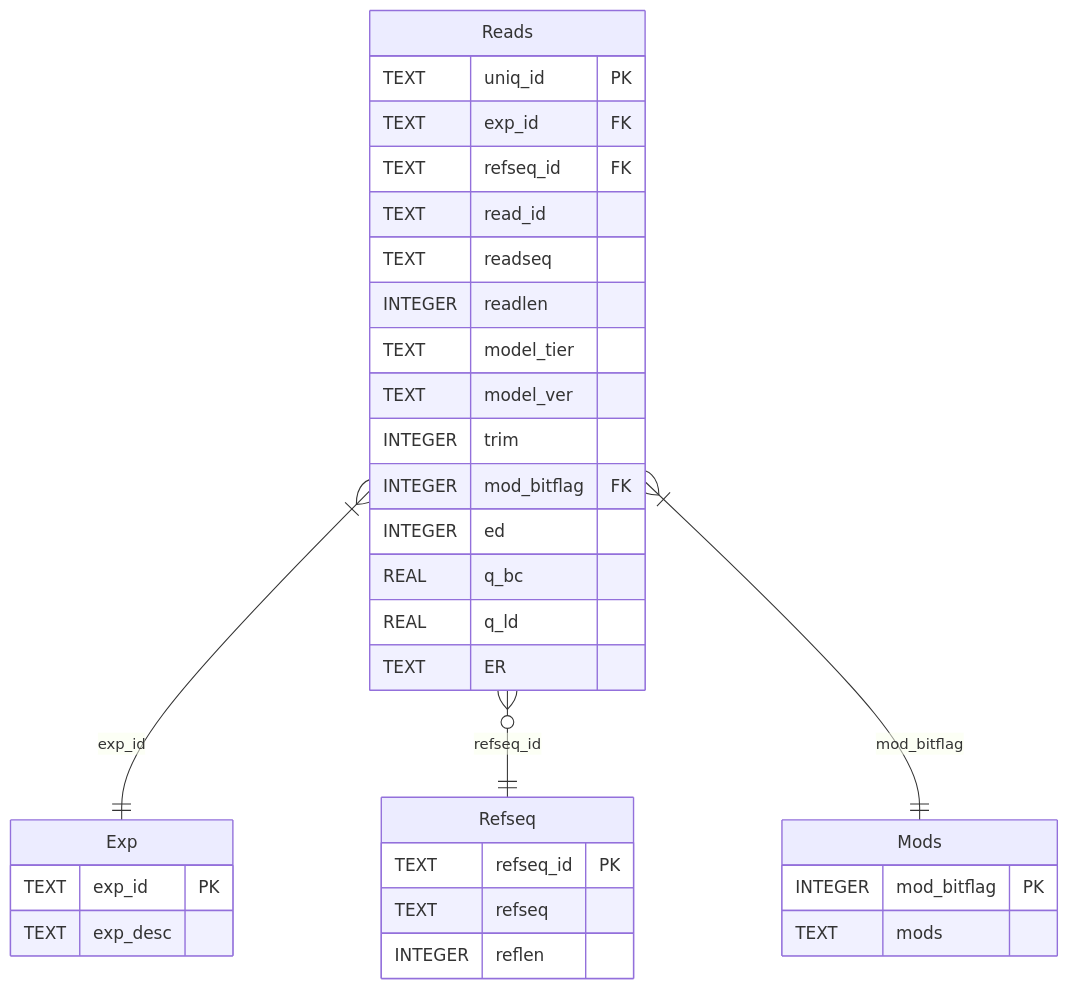
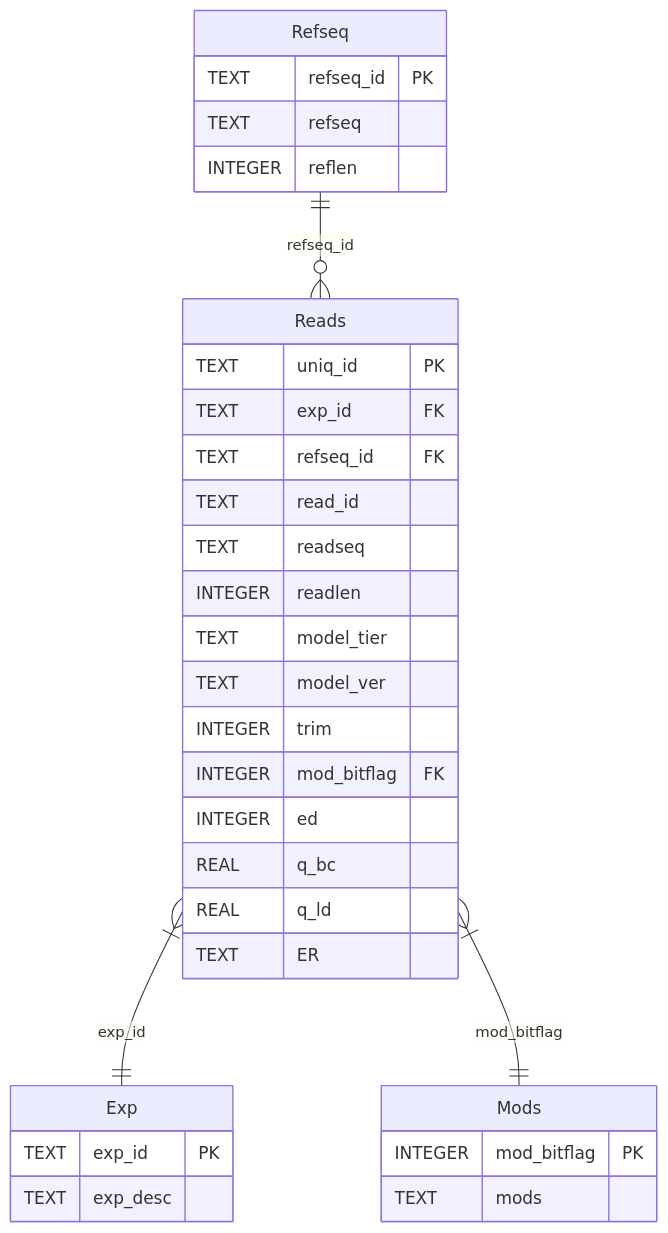
One commit to Single-Molecule-Sequencing/ONT-SMA-seq changed the third of 7 diagrams in DIAGRAMS.md. Above: the diagram before and after it, drawn with Mermaid.

````diff
--- a/DIAGRAMS.md
+++ b/DIAGRAMS.md
@@ -77,39 +77,39 @@
 ```mermaid
 erDiagram
     Reads {
         TEXT uniq_id PK
         TEXT exp_id FK
         TEXT refseq_id FK
         TEXT read_id
         TEXT readseq
         INTEGER readlen
         TEXT model_tier
         TEXT model_ver
         INTEGER trim
         INTEGER mod_bitflag FK
         INTEGER ed
         REAL q_bc
         REAL q_ld
         TEXT ER
     }
     
     Mods {
         INTEGER mod_bitflag PK
         TEXT mods
     }
     
     Exp {
         TEXT exp_id PK
         TEXT exp_desc
     }
     
     Refseq {
         TEXT refseq_id PK
         TEXT refseq
         INTEGER reflen
     }
     
     Reads }|--|| Exp : "exp_id"
-    Reads }o--|| Refseq : "refseq_id"
+    Refseq ||--o{ Reads : "refseq_id"
     Reads }|--|| Mods : "mod_bitflag"
 ```
````
